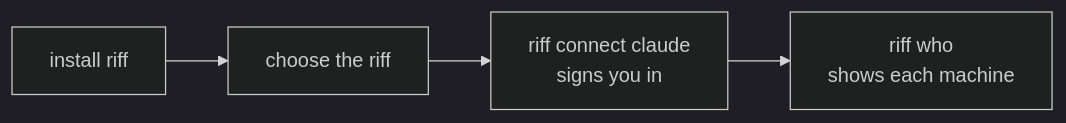
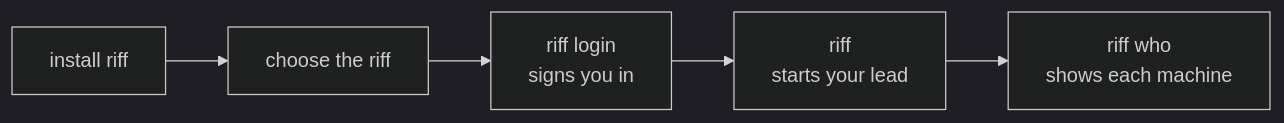
Before and after one commit to como-technologies/riff: the diagram in docs/src/join-a-riff.md, drawn with Mermaid (dark theme). The commit also changed other lines of this file and 50 other files, not shown here.

First line of the commit message:
riff gives Claude its plugin, MCP and settings at each start; riff is not in the Claude config (#637)

````diff
--- a/docs/src/join-a-riff.md
+++ b/docs/src/join-a-riff.md
@@ -14,6 +14,7 @@
 ```mermaid
 flowchart LR
     I[install riff] --> C[choose the riff]
-    C --> S["riff connect claude<br/>signs you in"]
-    S --> W["riff who<br/>shows each machine"]
+    C --> S["riff login<br/>signs you in"]
+    S --> R["riff<br/>starts your lead"]
+    R --> W["riff who<br/>shows each machine"]
 ```
````
